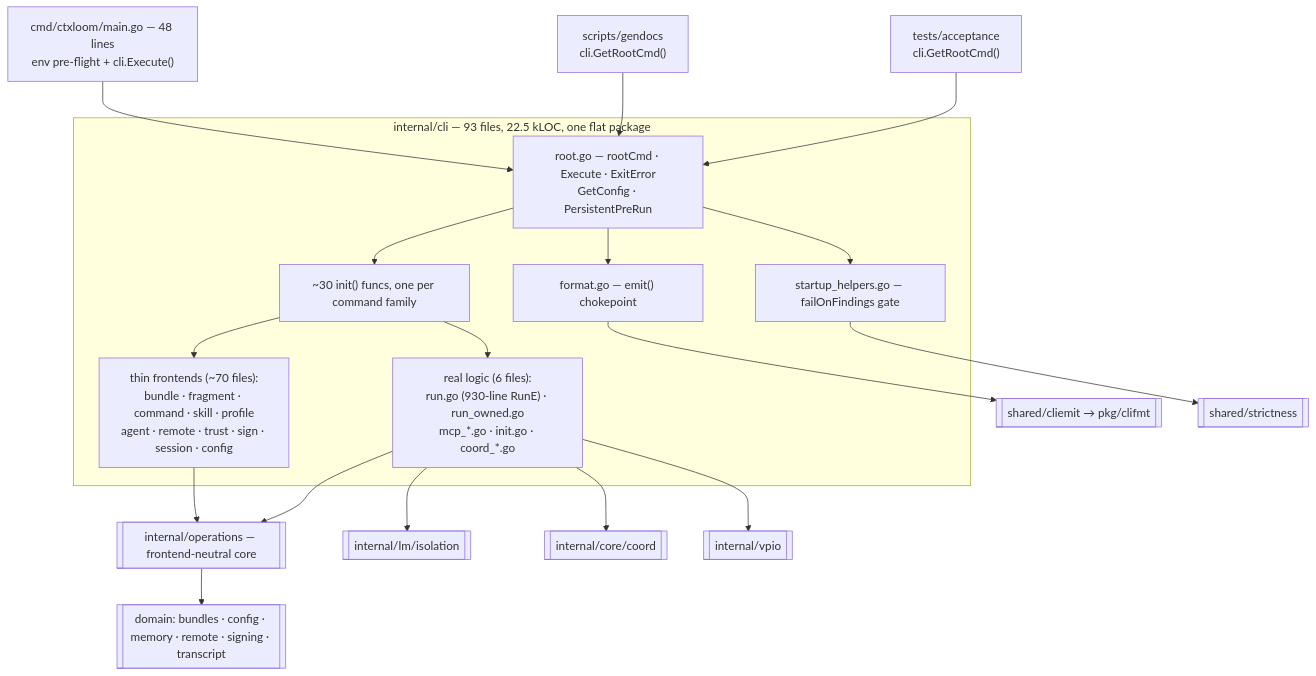
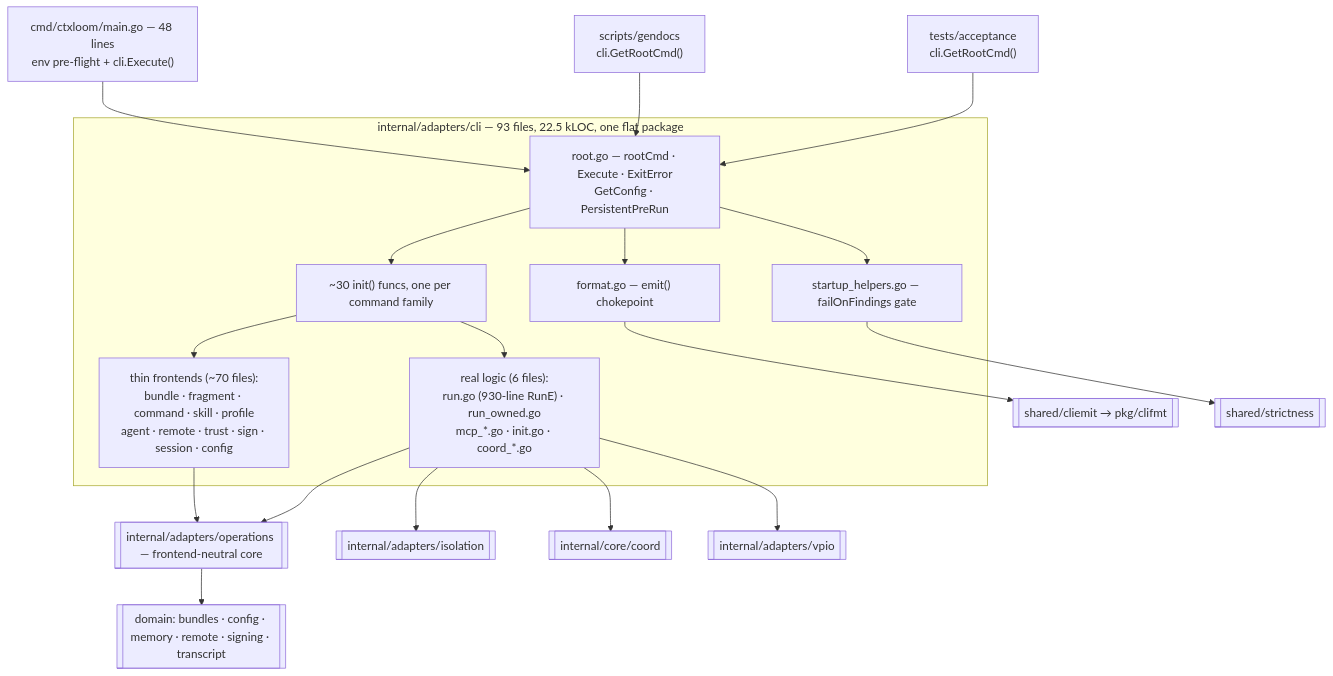
One commit to ctxloom/ctxloom changed the diagram in docs/architecture/cli/README.md. Above: the diagram before and after it, drawn with Mermaid. The commit also changed other lines of this file and 2489 other files, not shown here.

First line of the commit message:
refactor(arch): move the adapters ring into internal/adapters

````diff
--- a/docs/architecture/cli/README.md
+++ b/docs/architecture/cli/README.md
@@ -18,28 +18,28 @@
 ```mermaid
 flowchart TD
     MAIN["cmd/ctxloom/main.go — 48 lines<br/>env pre-flight + cli.Execute()"]
     GD["scripts/gendocs<br/>cli.GetRootCmd()"]
     ACC["tests/acceptance<br/>cli.GetRootCmd()"]
 
     MAIN --> ROOT
     GD --> ROOT
     ACC --> ROOT
 
-    subgraph cli["internal/cli — 93 files, 22.5 kLOC, one flat package"]
+    subgraph cli["internal/adapters/cli — 93 files, 22.5 kLOC, one flat package"]
         ROOT["root.go — rootCmd · Execute · ExitError<br/>GetConfig · PersistentPreRun"]
         ROOT --> FMT["format.go — emit() chokepoint"]
         ROOT --> SH["startup_helpers.go — failOnFindings gate"]
         ROOT --> CMDS["~30 init() funcs, one per command family"]
         CMDS --> THIN["thin frontends (~70 files):<br/>bundle · fragment · command · skill · profile<br/>agent · remote · trust · sign · session · config"]
         CMDS --> THICK["real logic (6 files):<br/>run.go (930-line RunE) · run_owned.go<br/>mcp_*.go · init.go · coord_*.go"]
     end
 
-    THIN --> OPS[["internal/operations — frontend-neutral core"]]
+    THIN --> OPS[["internal/adapters/operations — frontend-neutral core"]]
     THICK --> OPS
-    THICK --> ISO[["internal/lm/isolation"]]
+    THICK --> ISO[["internal/adapters/isolation"]]
     THICK --> COORD[["internal/core/coord"]]
-    THICK --> VPIO[["internal/vpio"]]
+    THICK --> VPIO[["internal/adapters/vpio"]]
     OPS --> DOM[["domain: bundles · config · memory · remote · signing · transcript"]]
     FMT --> CE[["shared/cliemit → pkg/clifmt"]]
     SH --> STR[["shared/strictness"]]
 ```
````
